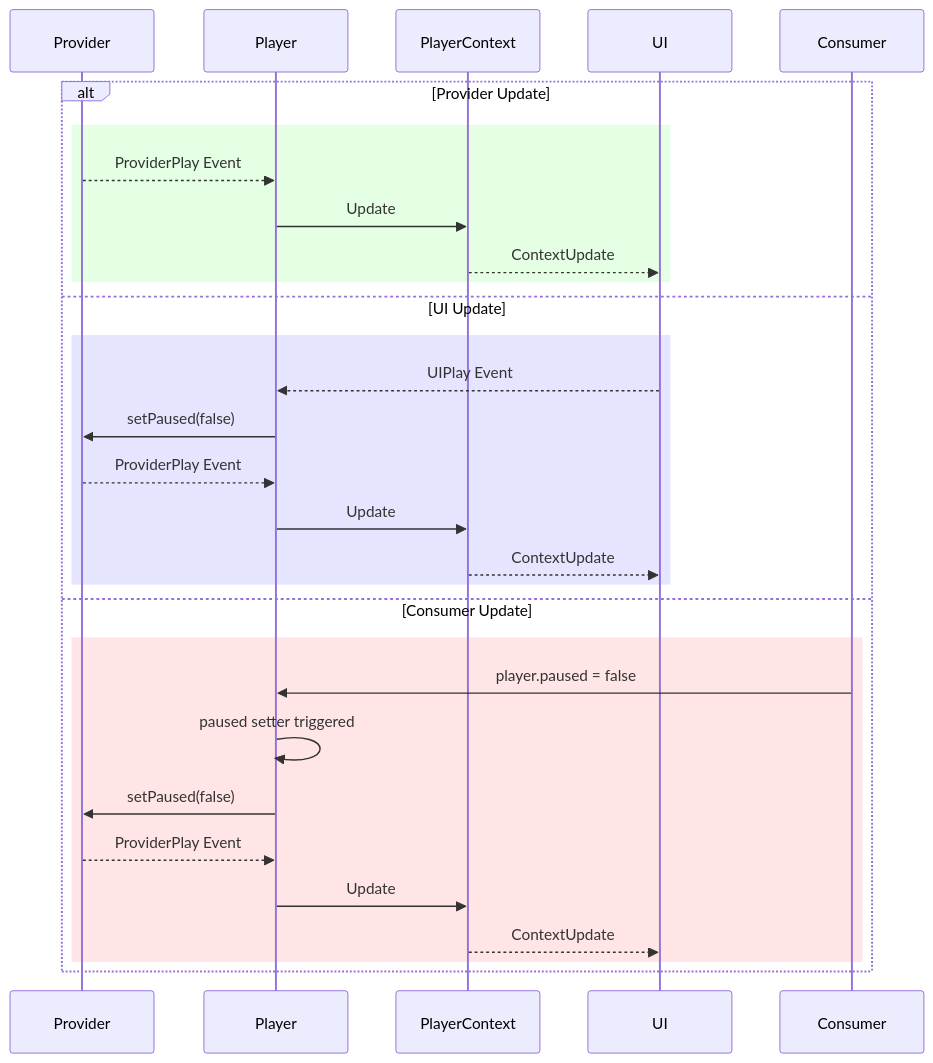
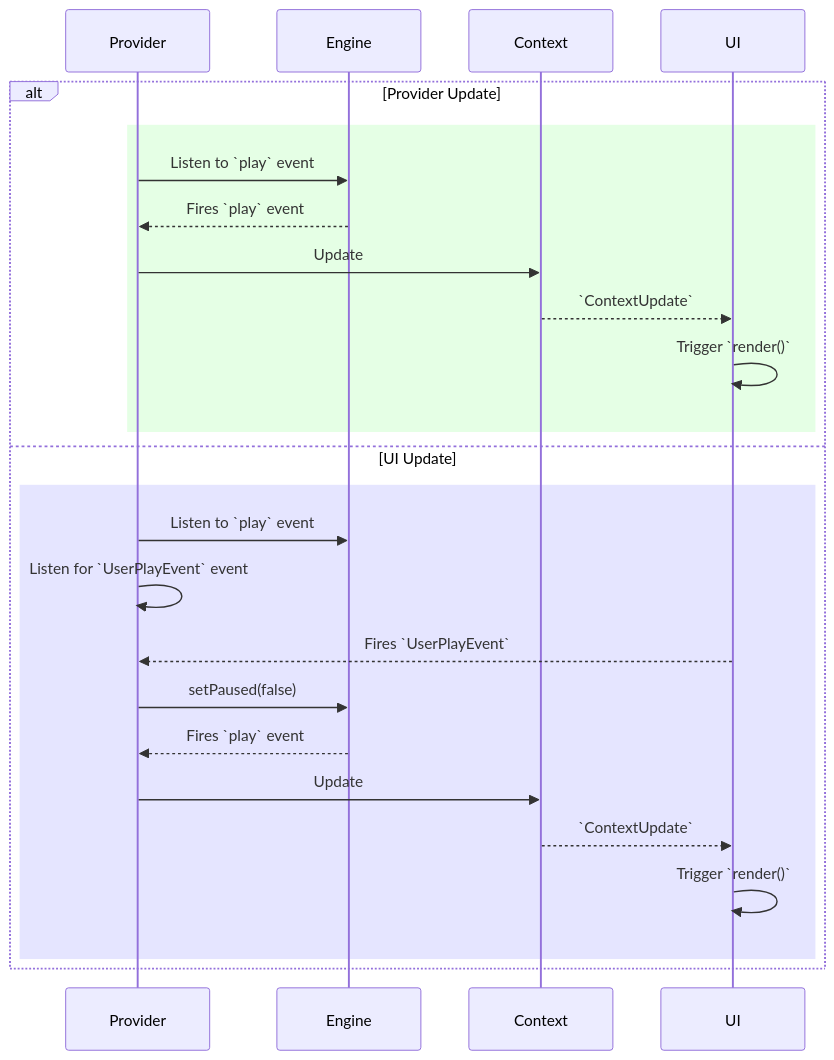
One commit to vidstack/player changed the diagram in docs/architecture/designs/player-update-flow.mmd. Above: the diagram before and after it, drawn with Mermaid. The commit also changed 11 other files, not shown here.

Commit message:
docs(architecture): update to match current design

```diff
--- a/docs/architecture/designs/player-update-flow.mmd
+++ b/docs/architecture/designs/player-update-flow.mmd
@@ -1,25 +1,21 @@
 sequenceDiagram
     alt Provider Update
         rect rgb(0, 255, 0, .1)
-        Provider -->> Player: ProviderPlay Event
-        Player ->> PlayerContext: Update
-        PlayerContext -->> UI: ContextUpdate
+        Provider ->> Engine: Listen to `play` event
+        Engine -->> Provider: Fires `play` event
+        Provider ->> Context: Update
+        Context -->> UI: `ContextUpdate`
+        UI ->> UI: Trigger `render()`
         end
     else UI Update
         rect rgba(0, 0, 255, .1)
-        UI -->> Player: UIPlay Event
-        Player ->> Provider: setPaused(false)
-        Provider -->> Player: ProviderPlay Event
-        Player ->> PlayerContext: Update
-        PlayerContext -->> UI: ContextUpdate
-        end
-    else Consumer Update
-        rect rgba(255, 0, 0, .1)
-        Consumer ->> Player: player.paused = false
-        Player ->> Player: paused setter triggered
-        Player ->> Provider: setPaused(false)
-        Provider -->> Player: ProviderPlay Event
-        Player ->> PlayerContext: Update
-        PlayerContext -->> UI: ContextUpdate
+        Provider ->> Engine: Listen to `play` event
+        Provider ->> Provider: Listen for `UserPlayEvent` event
+        UI -->> Provider: Fires `UserPlayEvent`
+        Provider ->> Engine: setPaused(false)
+        Engine -->> Provider: Fires `play` event
+        Provider ->> Context: Update
+        Context -->> UI: `ContextUpdate`
+        UI ->> UI: Trigger `render()`
         end
     end
```
